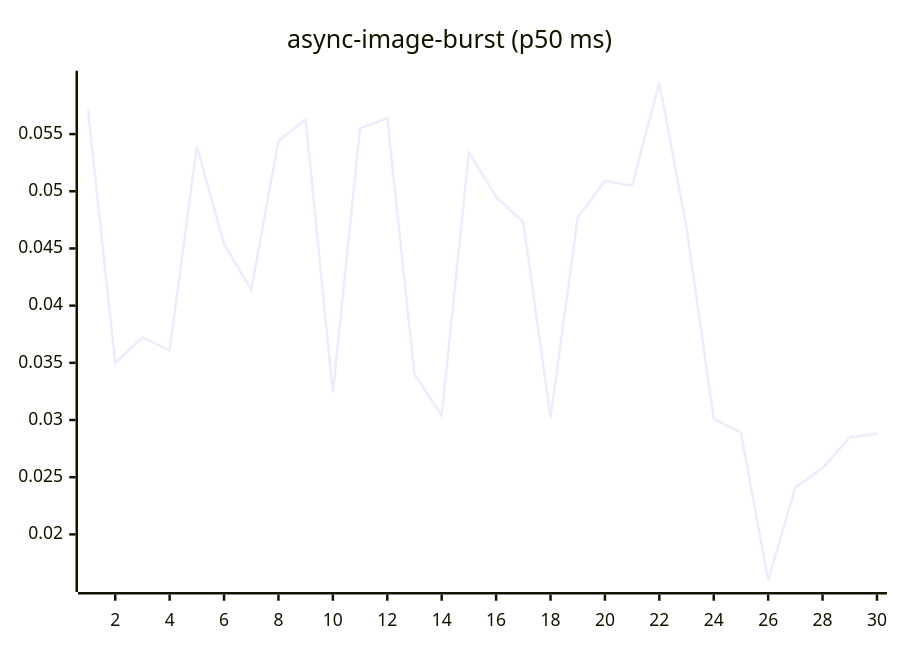
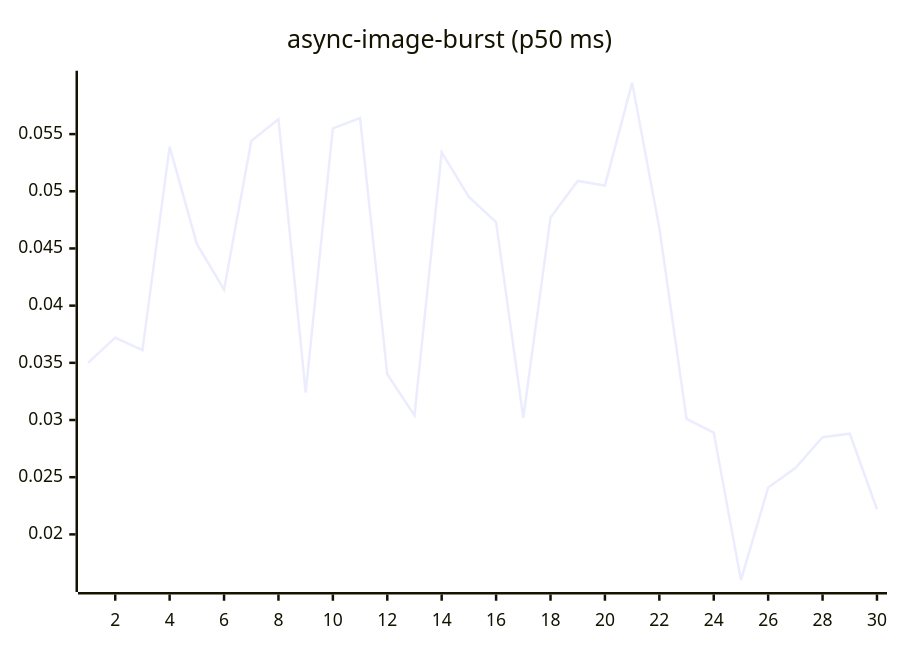
The fourth of 27 diagrams in README.md (josha/Facet), drawn with Mermaid before and after one commit. The commit also changed other lines of this file and 2 other files, not shown here.

````diff
--- a/README.md
+++ b/README.md
@@ -84,6 +84,6 @@
 ```mermaid
 xychart-beta
     title "async-image-burst (p50 ms)"
     x-axis 1 --> 30
-    line [0.0571, 0.0350, 0.0372, 0.0361, 0.0539, 0.0454, 0.0414, 0.0544, 0.0563, 0.0324, 0.0555, 0.0564, 0.0340, 0.0304, 0.0534, 0.0495, 0.0473, 0.0302, 0.0477, 0.0509, 0.0505, 0.0595, 0.0468, 0.0301, 0.0289, 0.0160, 0.0241, 0.0258, 0.0285, 0.0288]
+    line [0.0350, 0.0372, 0.0361, 0.0539, 0.0454, 0.0414, 0.0544, 0.0563, 0.0324, 0.0555, 0.0564, 0.0340, 0.0304, 0.0534, 0.0495, 0.0473, 0.0302, 0.0477, 0.0509, 0.0505, 0.0595, 0.0468, 0.0301, 0.0289, 0.0160, 0.0241, 0.0258, 0.0285, 0.0288, 0.0222]
 ```
````
